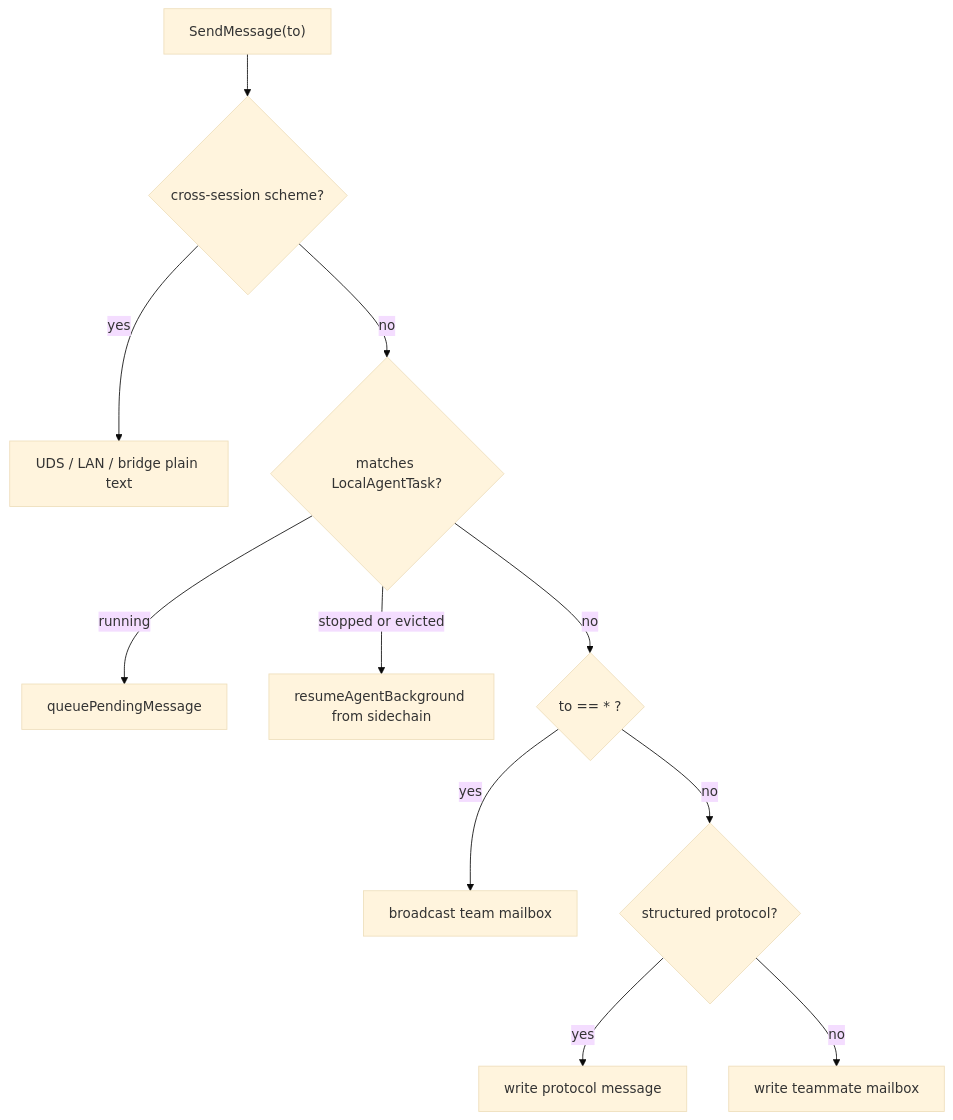
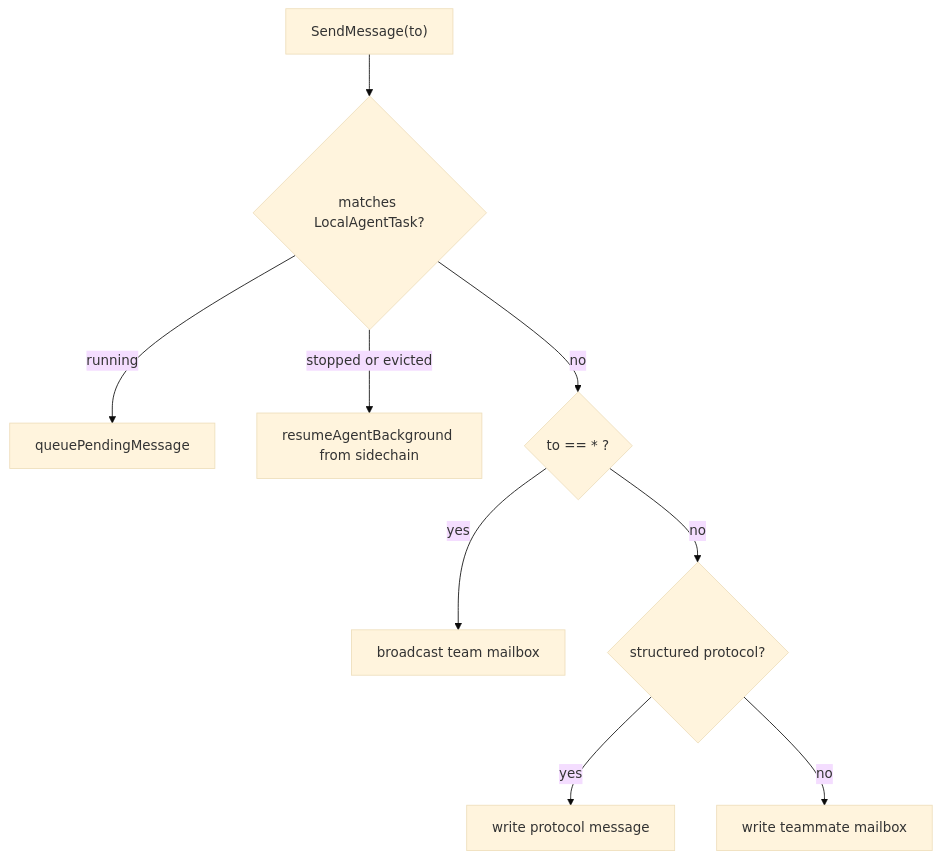
The ninth of 10 diagrams in docs/agent/coordinator-and-swarm.mdx (sweetcornna/open-claude-code), drawn with Mermaid (base theme) before and after one commit. The commit also changed other lines of this file and 16 other files, not shown here.

First line of the commit message:
docs: correct architecture docs invalidated by the tier-1 deletion

````diff
--- a/docs/agent/coordinator-and-swarm.mdx
+++ b/docs/agent/coordinator-and-swarm.mdx
@@ -403,13 +403,11 @@
 ```mermaid
 flowchart TD
-  A["SendMessage(to)"] --> B{"cross-session scheme?"}
-  B -->|yes| C["UDS / LAN / bridge plain text"]
-  B -->|no| D{"matches LocalAgentTask?"}
+  A["SendMessage(to)"] --> D{"matches LocalAgentTask?"}
   D -->|running| E["queuePendingMessage"]
   D -->|stopped or evicted| F["resumeAgentBackground from sidechain"]
   D -->|no| G{"to == * ?"}
   G -->|yes| H["broadcast team mailbox"]
   G -->|no| I{"structured protocol?"}
   I -->|yes| J["write protocol message"]
   I -->|no| K["write teammate mailbox"]
 ```
````
